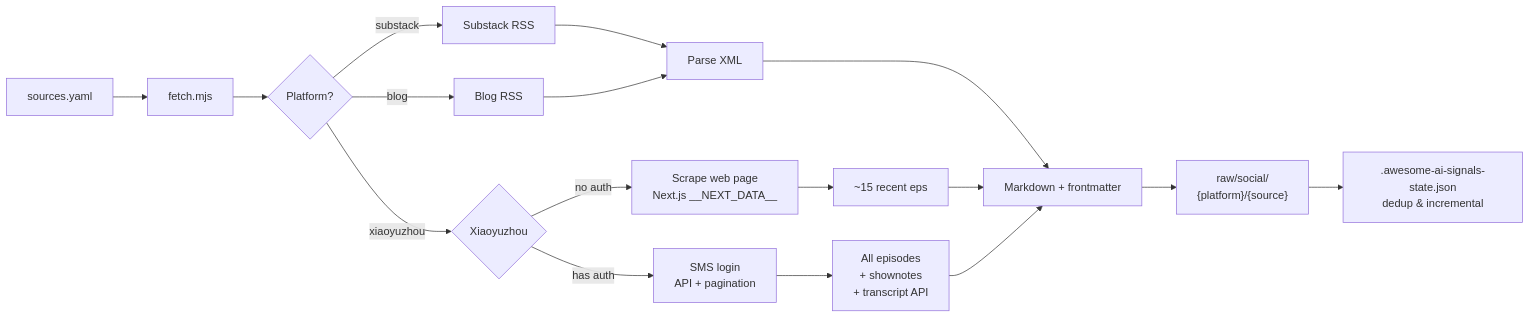
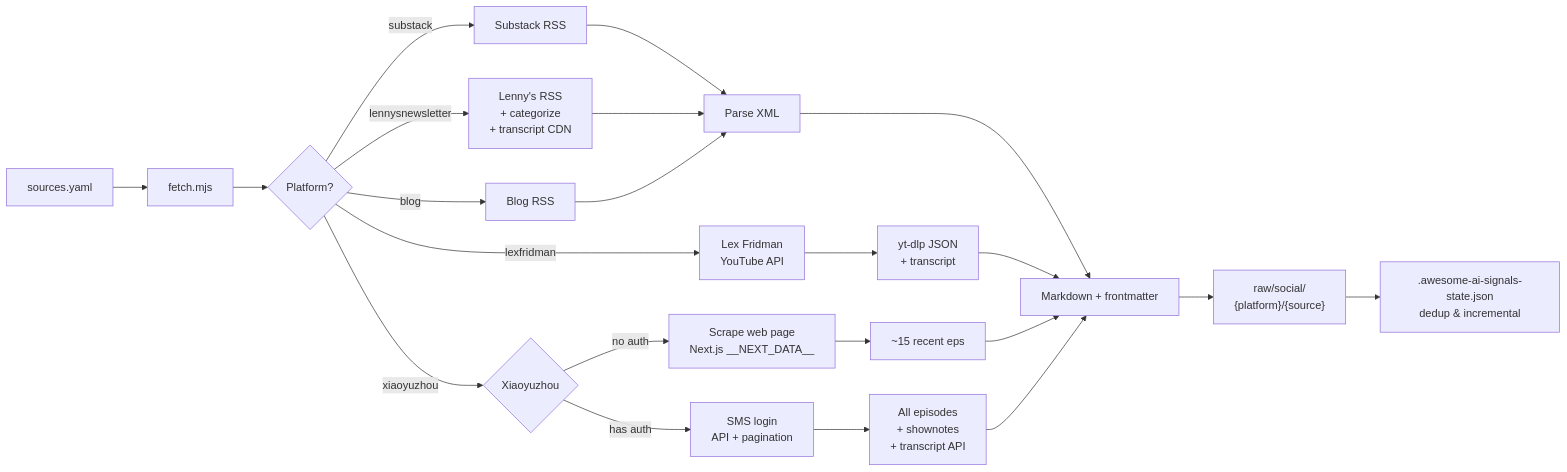
Before and after one commit to Royce17/AI-Signals: the diagram in README.md, drawn with Mermaid. The commit also changed other lines of this file, not shown here.

First line of the commit message:
docs: update README for Lex Fridman and Lenny's Newsletter

````diff
--- a/README.md
+++ b/README.md
@@ -113,30 +132,42 @@
 ```mermaid
 flowchart LR
     A[sources.yaml] --> B[fetch.mjs]
     B --> C{Platform?}
 
     C -->|substack| D[Substack RSS]
+    C -->|lennysnewsletter| D2["Lenny's RSS
++ categorize
++ transcript CDN"]
     C -->|blog| E[Blog RSS]
+    C -->|lexfridman| E2["Lex Fridman
+YouTube API"]
     C -->|xiaoyuzhou| F{Xiaoyuzhou}
 
     D --> G[Parse XML]
+    D2 --> G
     E --> G
+    E2 --> G2["yt-dlp JSON
++ transcript"]
+
+    G --> L[Markdown + frontmatter]
+    G2 --> L
 
     F -->|no auth| H["Scrape web page
 Next.js __NEXT_DATA__"]
     F -->|has auth| I["SMS login
 API + pagination"]
 
     H --> J[~15 recent eps]
-    I --> K[All episodes<br/>+ shownotes<br/>+ transcript API]
+    I --> K["All episodes
++ shownotes
++ transcript API"]
 
-    G --> L[Markdown + frontmatter]
     J --> L
     K --> L
 
     L --> M["raw/social/
 {platform}/{source}"]
 
     M --> N[".awesome-ai-signals-state.json
 dedup & incremental"]
 ```
````
